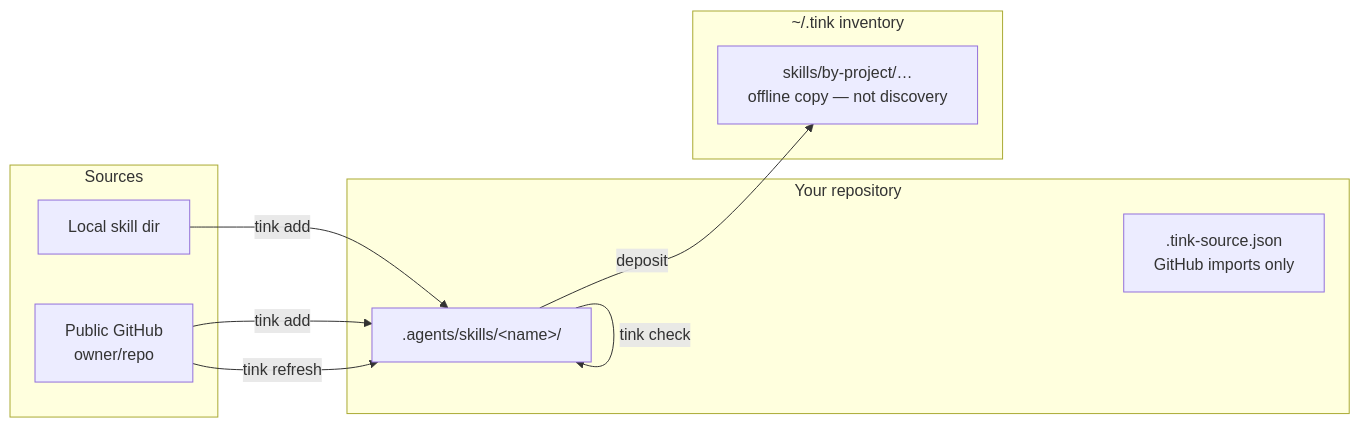
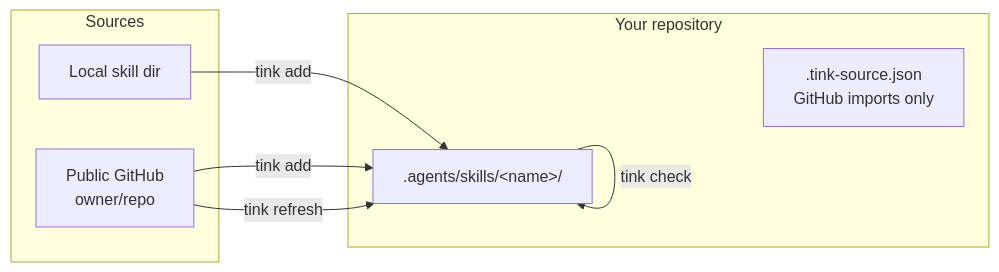
One commit to jon-devlapaz/tink changed the diagram in README.md. Above: the diagram before and after it, drawn with Mermaid. The commit also changed other lines of this file and 6 other files, not shown here.

First line of the commit message:
Stop mirroring project skills into ~/.tink.

````diff
--- a/README.md
+++ b/README.md
@@ -11,22 +11,17 @@
 ```mermaid
 flowchart LR
   subgraph sources [Sources]
     L[Local skill dir]
     G[Public GitHub<br/>owner/repo]
   end
 
   subgraph project [Your repository]
     S[".agents/skills/&lt;name&gt;/"]
     R[".tink-source.json<br/>GitHub imports only"]
   end
 
-  subgraph home ["~/.tink inventory"]
-    I["skills/by-project/…<br/>offline copy — not discovery"]
-  end
-
   L -->|tink add| S
   G -->|tink add| S
-  S -->|deposit| I
   S -->|tink check| S
   G -->|tink refresh| S
 ```
````
